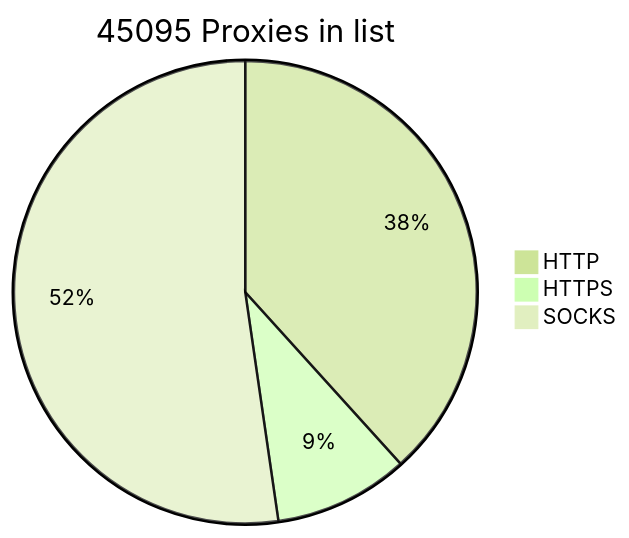
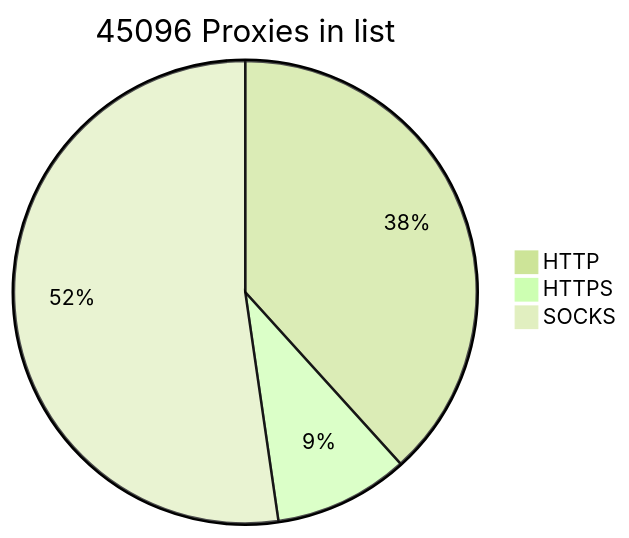
One commit to BlackSnowDot/proxylist-update-every-minute changed the diagram in README.md. Above: the diagram before and after it, drawn with Mermaid (forest theme).

````diff
--- a/README.md
+++ b/README.md
@@ -2,6 +2,6 @@
 ```mermaid
-pie title 45095 Proxies in list
+pie title 45096 Proxies in list
     "HTTP" : 18851
     "HTTPS": 4635
-    "SOCKS" : 25745
+    "SOCKS" : 25746
 ```
````
